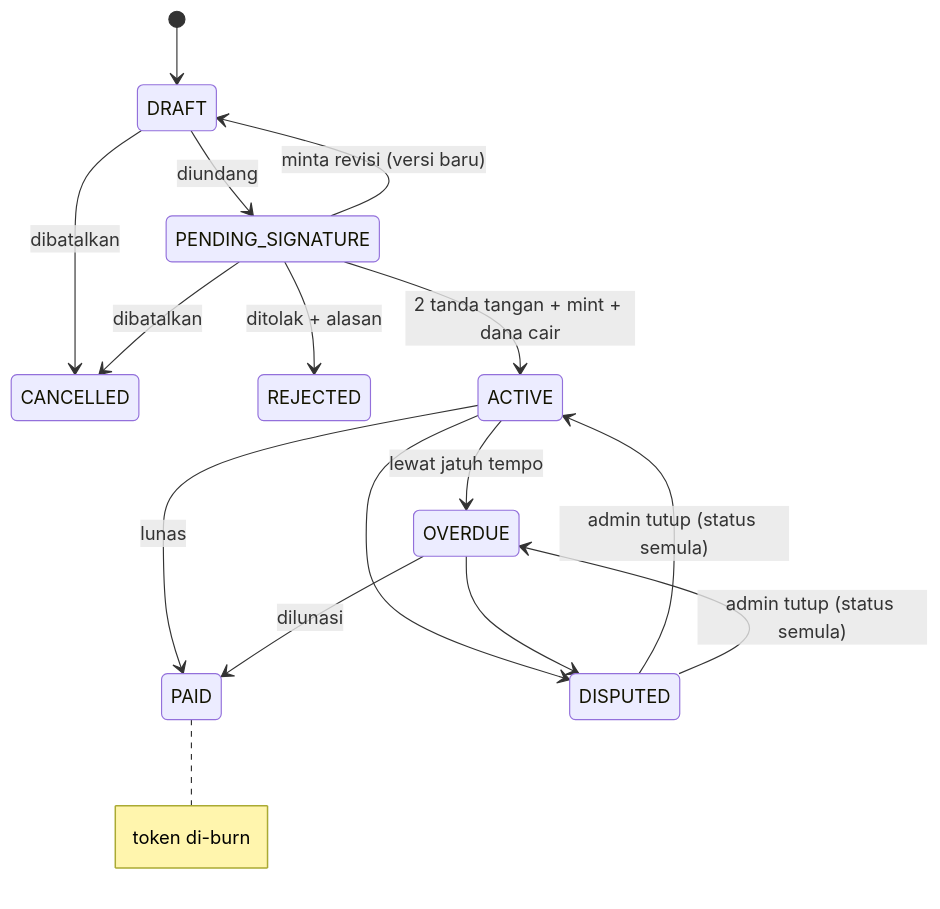
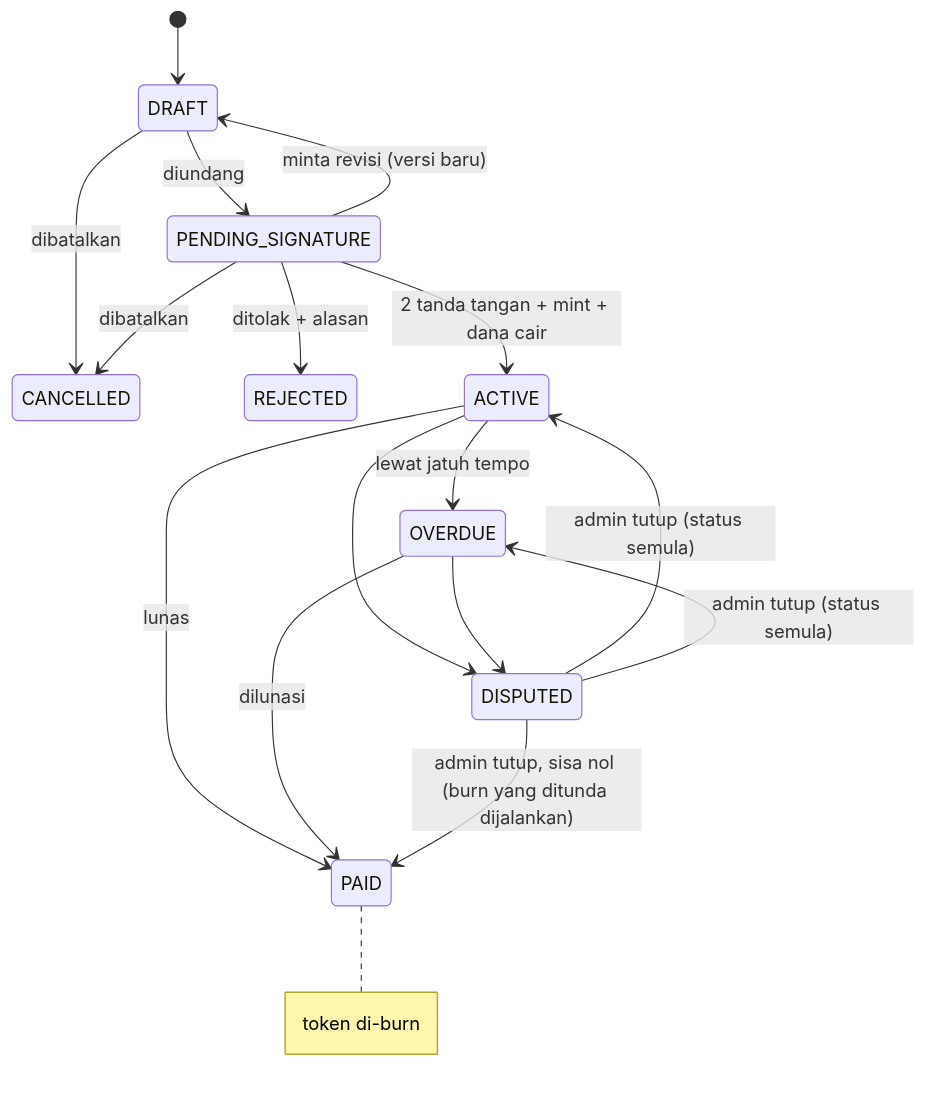
The diagram in docs/03-BUSINESS-RULES.md (k41ts/collatera), drawn with Mermaid before and after one commit. The commit also changed other lines of this file and 9 other files, not shown here.

````diff
--- a/docs/03-BUSINESS-RULES.md
+++ b/docs/03-BUSINESS-RULES.md
@@ -5,18 +5,19 @@
 ```mermaid
 stateDiagram-v2
     [*] --> DRAFT
     DRAFT --> PENDING_SIGNATURE: diundang
     DRAFT --> CANCELLED: dibatalkan
     PENDING_SIGNATURE --> DRAFT: minta revisi (versi baru)
     PENDING_SIGNATURE --> REJECTED: ditolak + alasan
     PENDING_SIGNATURE --> CANCELLED: dibatalkan
     PENDING_SIGNATURE --> ACTIVE: 2 tanda tangan + mint + dana cair
     ACTIVE --> OVERDUE: lewat jatuh tempo
     ACTIVE --> PAID: lunas
     OVERDUE --> PAID: dilunasi
     ACTIVE --> DISPUTED
     OVERDUE --> DISPUTED
     DISPUTED --> ACTIVE: admin tutup (status semula)
     DISPUTED --> OVERDUE: admin tutup (status semula)
+    DISPUTED --> PAID: admin tutup, sisa nol (burn yang ditunda dijalankan)
     note right of PAID: token di-burn
 ```
````
